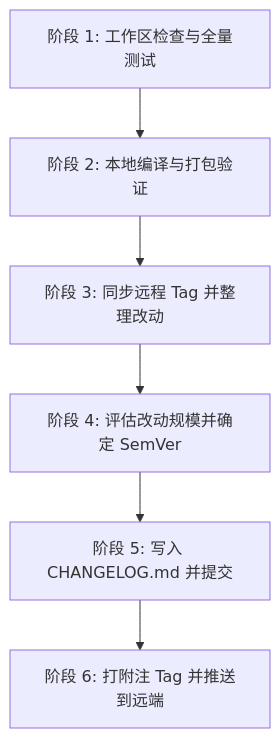
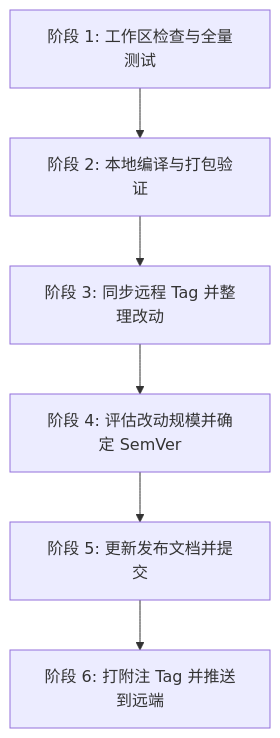
The diagram in .agents/skills/release/SKILL.md (dof-dev/pvfine), drawn with Mermaid before and after one commit. The commit also changed other lines of this file, not shown here.

````diff
--- a/.agents/skills/release/SKILL.md
+++ b/.agents/skills/release/SKILL.md
@@ -15,8 +15,8 @@
 ```mermaid
 graph TD
     A[阶段 1: 工作区检查与全量测试] --> B[阶段 2: 本地编译与打包验证]
     B --> C[阶段 3: 同步远程 Tag 并整理改动]
     C --> D[阶段 4: 评估改动规模并确定 SemVer]
-    D --> E[阶段 5: 写入 CHANGELOG.md 并提交]
+    D --> E[阶段 5: 更新发布文档并提交]
     E --> F[阶段 6: 打附注 Tag 并推送到远端]
 ```
````
